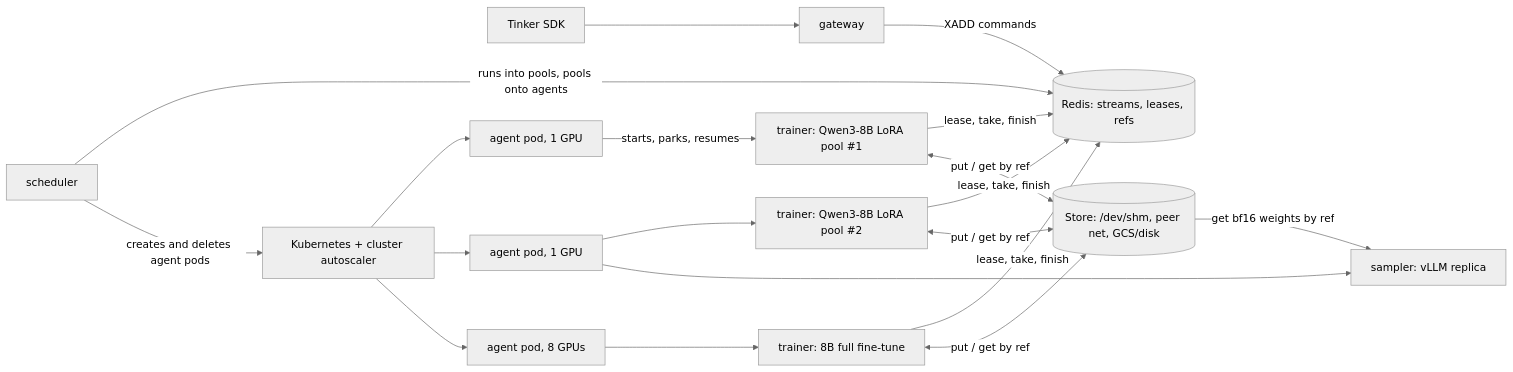
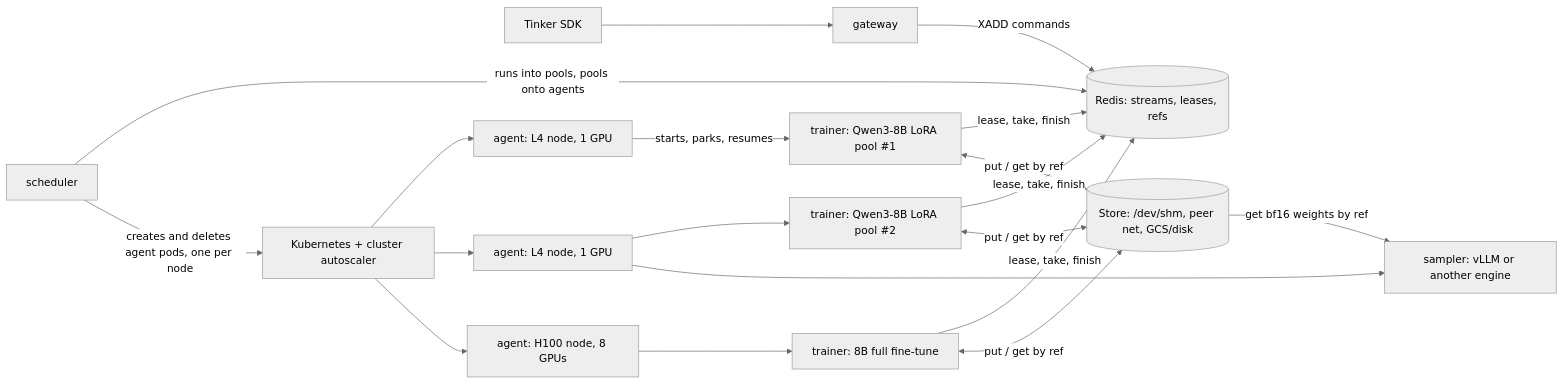
Before and after one commit to ShubyM/tiny-open-rl: the first of 2 diagrams in docs/kubernetes.md, drawn with Mermaid (neutral theme). The commit also changed other lines of this file, not shown here.

First line of the commit message:
Redesign the Kubernetes scheduler around cheap moves and measured numbers

````diff
--- a/docs/kubernetes.md
+++ b/docs/kubernetes.md
@@ -13,17 +14,17 @@
 ```mermaid
 flowchart LR
   SDK["Tinker SDK"] --> GW["gateway"]
   GW -- "XADD commands" --> R[("Redis: streams, leases, refs")]
   S["scheduler"] -- "runs into pools, pools onto agents" --> R
-  S -- "creates and deletes agent pods" --> K["Kubernetes + cluster autoscaler"]
-  K --> A1["agent pod, 1 GPU"]
-  K --> A2["agent pod, 1 GPU"]
-  K --> A8["agent pod, 8 GPUs"]
+  S -- "creates and deletes agent pods, one per node" --> K["Kubernetes + cluster autoscaler"]
+  K --> A1["agent: L4 node, 1 GPU"]
+  K --> A2["agent: L4 node, 1 GPU"]
+  K --> A8["agent: H100 node, 8 GPUs"]
   A1 -- "starts, parks, resumes" --> T1["trainer: Qwen3-8B LoRA pool #1"]
   A2 --> T2["trainer: Qwen3-8B LoRA pool #2"]
   A8 --> T3["trainer: 8B full fine-tune"]
-  A2 --> V1["sampler: vLLM replica"]
+  A2 --> V1["sampler: vLLM or another engine"]
   T1 & T2 & T3 -- "lease, take, finish" --> R
   T1 & T2 & T3 <-- "put / get by ref" --> ST[("Store: /dev/shm, peer net, GCS/disk")]
   ST -- "get bf16 weights by ref" --> V1
 ```
````
